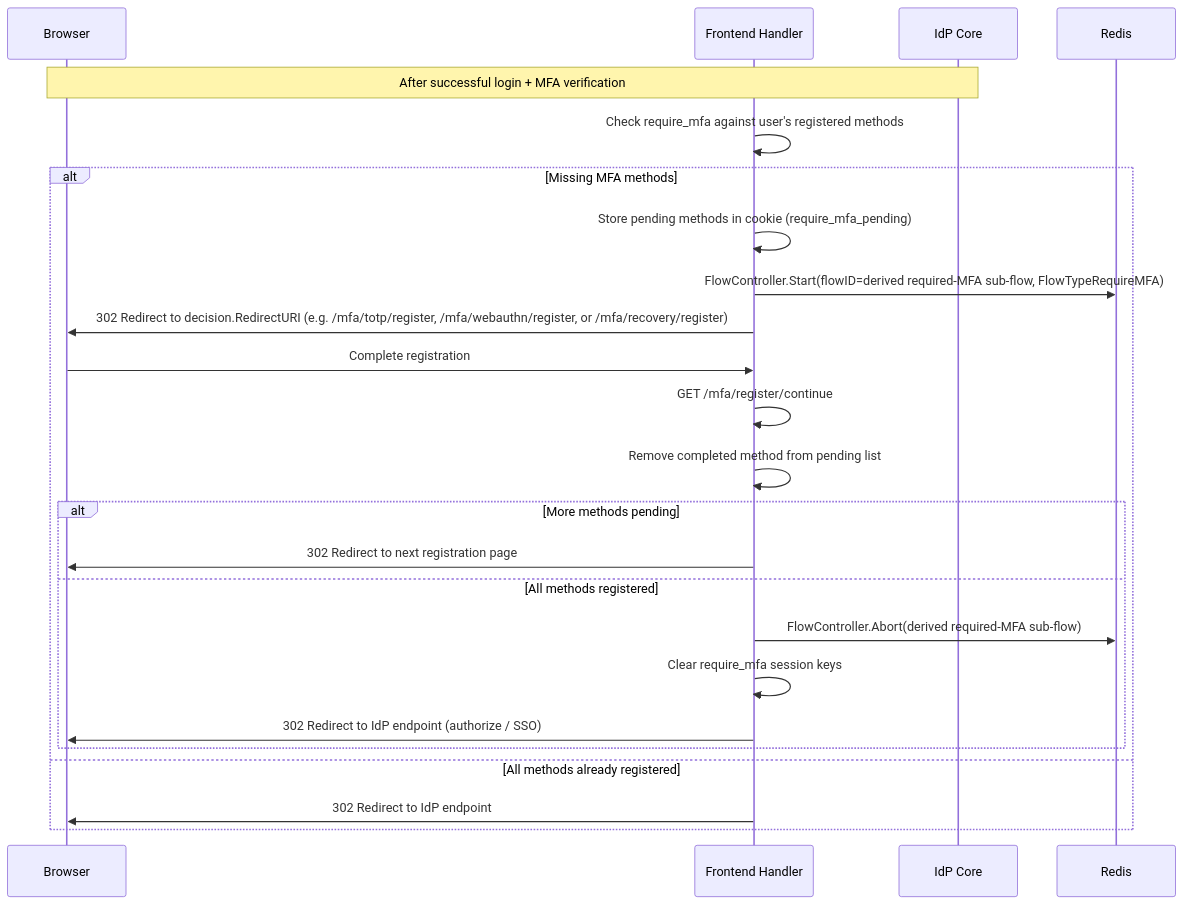
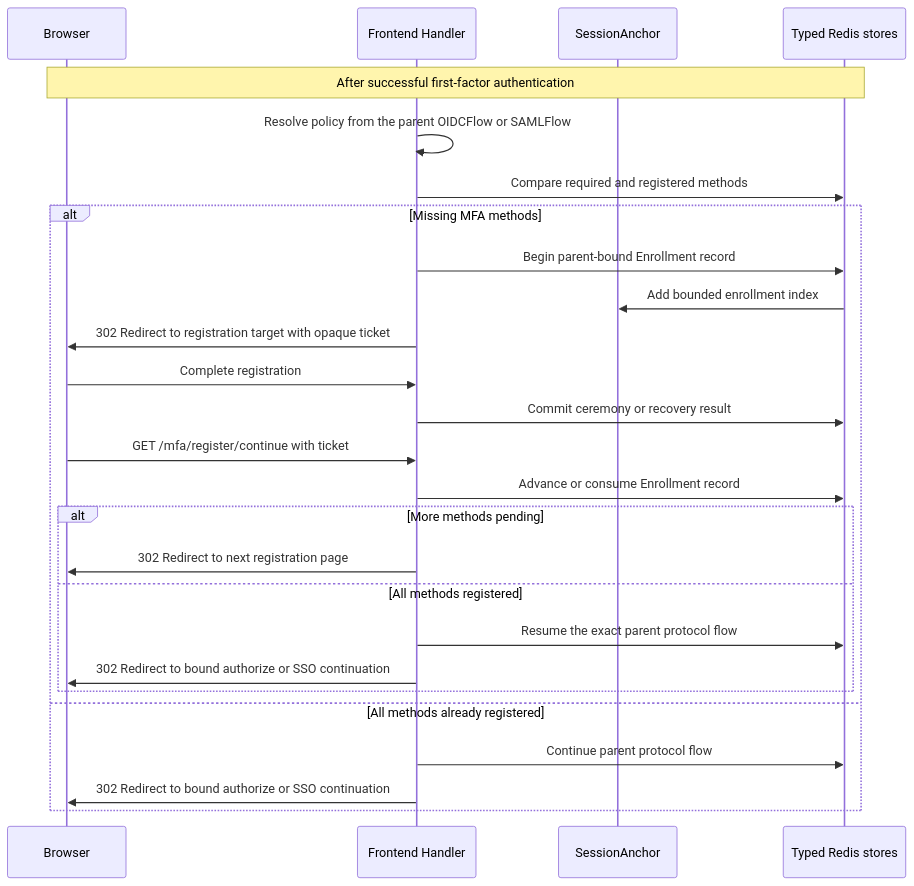
One commit to croessner/nauthilus changed the eighth of 12 diagrams in server/docs/idp.md. Above: the diagram before and after it, drawn with Mermaid. The commit also changed other lines of this file, not shown here.

Commit message:
Docs: Explain canonical IDP browser session architecture

````diff
--- a/server/docs/idp.md
+++ b/server/docs/idp.md
@@ -787,26 +838,28 @@
 ```mermaid
 sequenceDiagram
     participant B as Browser
     participant F as Frontend Handler
-    participant I as IdP Core
-    participant R as Redis
-    Note over B, I: After successful login + MFA verification
-    F ->> F: Check require_mfa against user's registered methods
+    participant A as SessionAnchor
+    participant R as Typed Redis stores
+    Note over B, R: After successful first-factor authentication
+    F ->> F: Resolve policy from the parent OIDCFlow or SAMLFlow
+    F ->> R: Compare required and registered methods
     alt Missing MFA methods
-        F ->> F: Store pending methods in cookie (require_mfa_pending)
-        F ->> R: FlowController.Start(flowID=derived required-MFA sub-flow, FlowTypeRequireMFA)
-        F ->> B: 302 Redirect to decision.RedirectURI (e.g. /mfa/totp/register, /mfa/webauthn/register, or /mfa/recovery/register)
+        F ->> R: Begin parent-bound Enrollment record
+        R ->> A: Add bounded enrollment index
+        F ->> B: 302 Redirect to registration target with opaque ticket
         B ->> F: Complete registration
-        F ->> F: GET /mfa/register/continue
-        F ->> F: Remove completed method from pending list
+        F ->> R: Commit ceremony or recovery result
+        B ->> F: GET /mfa/register/continue with ticket
+        F ->> R: Advance or consume Enrollment record
         alt More methods pending
             F ->> B: 302 Redirect to next registration page
         else All methods registered
-            F ->> R: FlowController.Abort(derived required-MFA sub-flow)
-            F ->> F: Clear require_mfa session keys
-            F ->> B: 302 Redirect to IdP endpoint (authorize / SSO)
+            F ->> R: Resume the exact parent protocol flow
+            F ->> B: 302 Redirect to bound authorize or SSO continuation
         end
     else All methods already registered
-        F ->> B: 302 Redirect to IdP endpoint
+        F ->> R: Continue parent protocol flow
+        F ->> B: 302 Redirect to bound authorize or SSO continuation
     end
 ```
````
